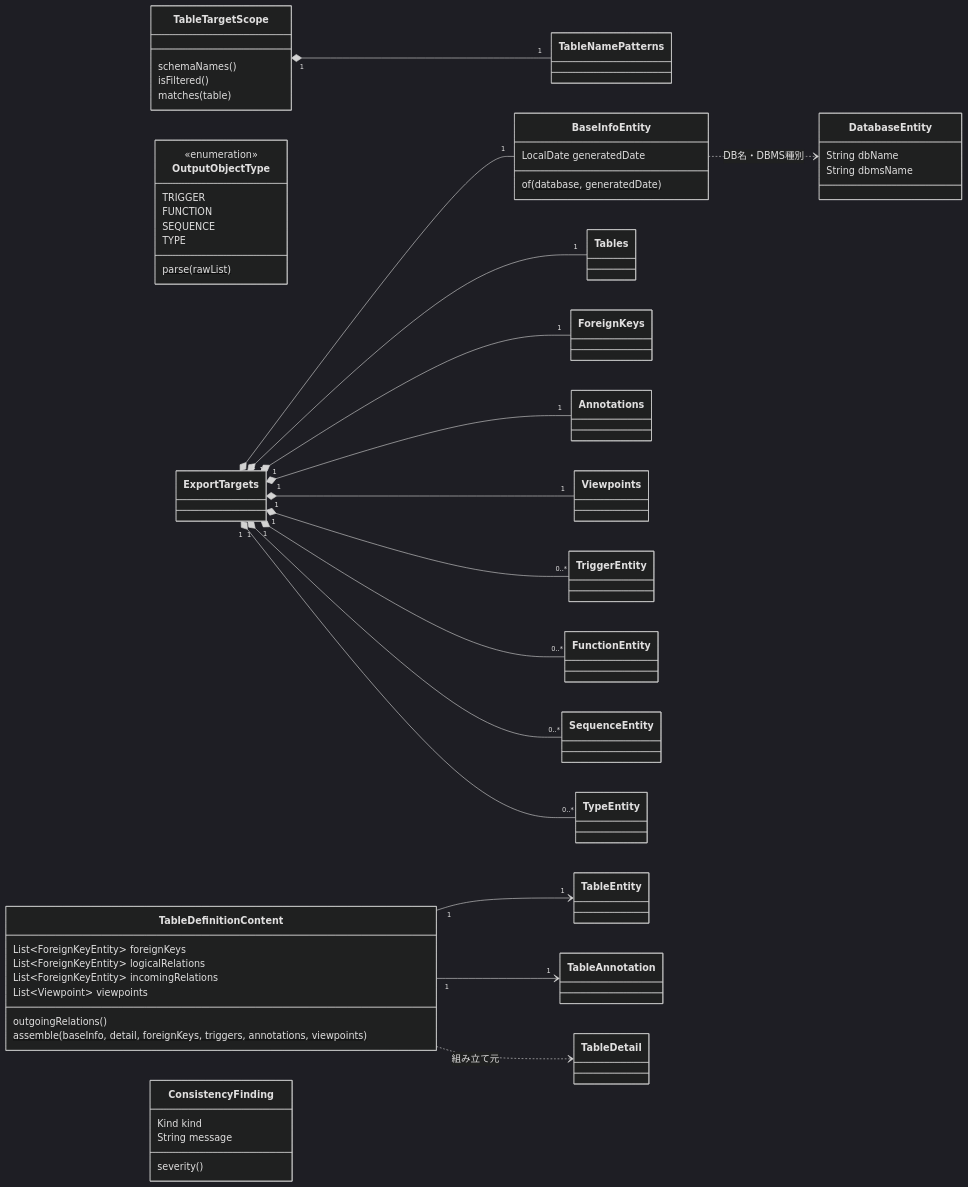
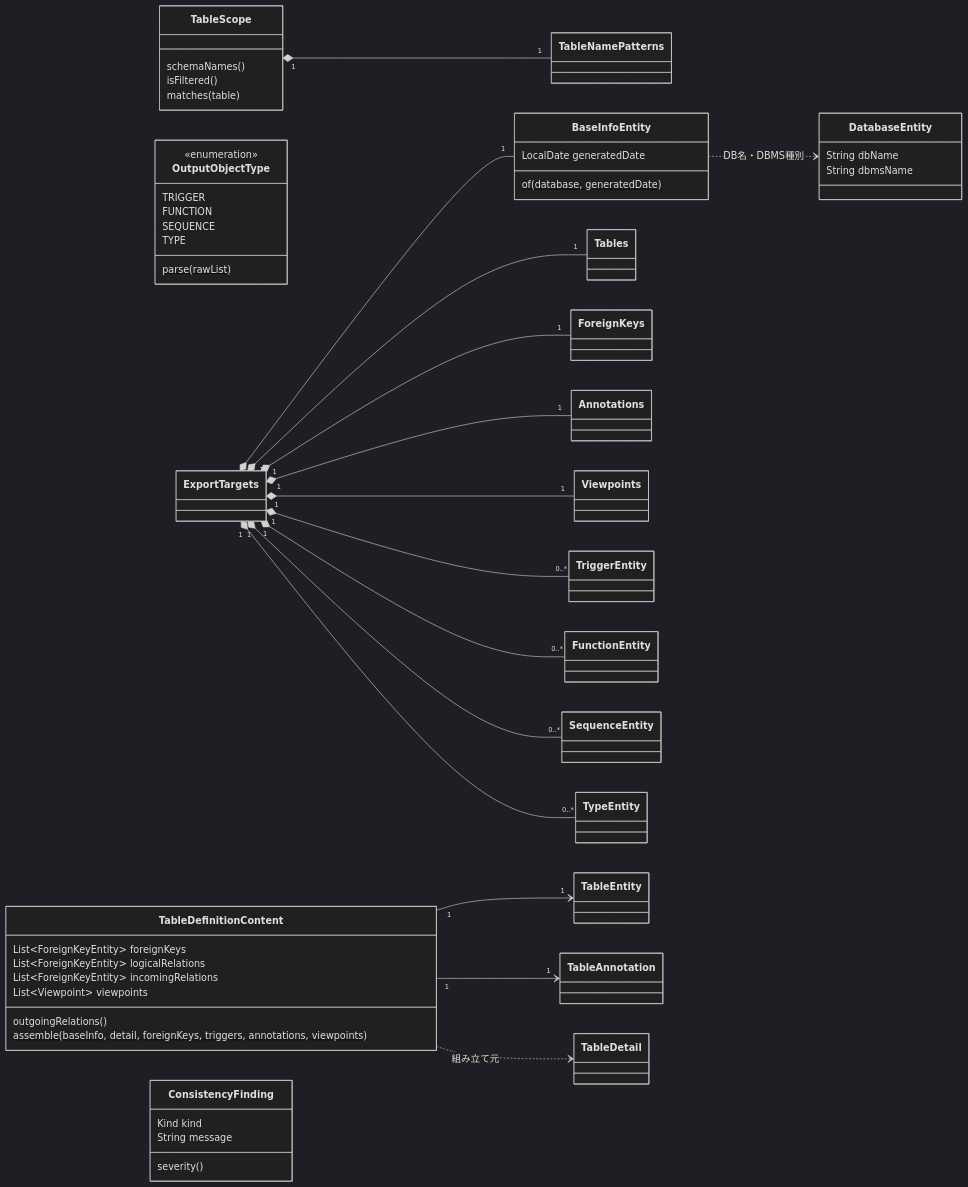
The fifth of 5 diagrams in docs/architecture/domain-model.md (ebichan88/exportTableDefinition), drawn with Mermaid (dark theme) before and after one commit. The commit also changed other lines of this file and 11 other files, not shown here.

First line of the commit message:
TableTargetScopeをTableScopeへ、targetScopeをtableScopeへ改名する

````diff
--- a/docs/architecture/domain-model.md
+++ b/docs/architecture/domain-model.md
@@ -245,55 +245,55 @@
 ```mermaid
 classDiagram
   direction LR
-  class TableTargetScope {
+  class TableScope {
     schemaNames()
     isFiltered()
     matches(table)
   }
   class TableNamePatterns
   class OutputObjectType {
     <<enumeration>>
     TRIGGER
     FUNCTION
     SEQUENCE
     TYPE
     parse(rawList)$
   }
   class ExportTargets
   class TableDefinitionContent {
     List~ForeignKeyEntity~ foreignKeys
     List~ForeignKeyEntity~ logicalRelations
     List~ForeignKeyEntity~ incomingRelations
     List~Viewpoint~ viewpoints
     outgoingRelations()
     assemble(baseInfo, detail, foreignKeys, triggers, annotations, viewpoints)$
   }
   class BaseInfoEntity {
     LocalDate generatedDate
     of(database, generatedDate)$
   }
   class DatabaseEntity {
     String dbName
     String dbmsName
   }
   class ConsistencyFinding {
     Kind kind
     String message
     severity()
   }
 
-  TableTargetScope "1" *-- "1" TableNamePatterns
+  TableScope "1" *-- "1" TableNamePatterns
   ExportTargets "1" *-- "1" BaseInfoEntity
   ExportTargets "1" *-- "1" Tables
   ExportTargets "1" *-- "1" ForeignKeys
   ExportTargets "1" *-- "1" Annotations
   ExportTargets "1" *-- "1" Viewpoints
   ExportTargets "1" *-- "0..*" TriggerEntity
   ExportTargets "1" *-- "0..*" FunctionEntity
   ExportTargets "1" *-- "0..*" SequenceEntity
   ExportTargets "1" *-- "0..*" TypeEntity
   BaseInfoEntity ..> DatabaseEntity : DB名・DBMS種別
   TableDefinitionContent "1" --> "1" TableEntity
   TableDefinitionContent "1" --> "1" TableAnnotation
   TableDefinitionContent ..> TableDetail : 組み立て元
 ```
````
